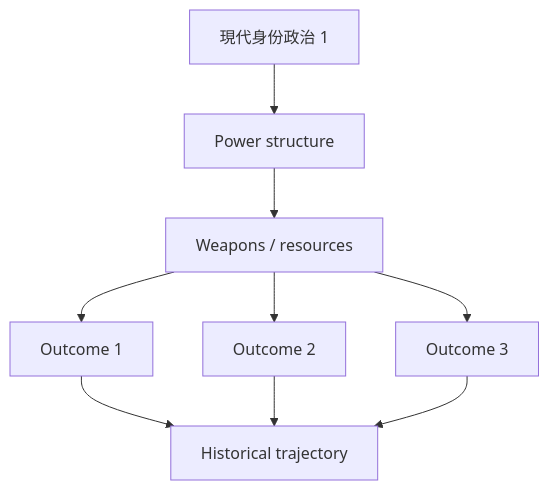
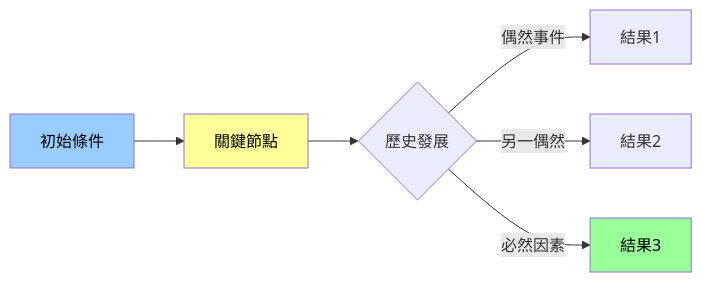
The fifth of 10 diagrams in 01_HKU_Courses/HIST1016_The_modern_world.md (yip-lgtm/HKU-Harvard-History-Self-Study), drawn with Mermaid before and after one commit. The commit also changed other lines of this file and 48 other files, not shown here.

````diff
--- a/01_HKU_Courses/HIST1016_The_modern_world.md
+++ b/01_HKU_Courses/HIST1016_The_modern_world.md
@@ -263,11 +334,12 @@
 ```mermaid
-graph TD
-    A[現代身份政治 1] --> B[Power structure]
-    B --> C[Weapons / resources]
-    C --> D[Outcome 1]
-    C --> E[Outcome 2]
-    C --> F[Outcome 3]
-    D --> G[Historical trajectory]
-    E --> G
-    F --> G
+flowchart LR
+    A[初始條件] --> B[關鍵節點]
+    B --> C{歷史發展}
+    C -->|偶然事件| D[結果1]
+    C -->|另一偶然| E[結果2]
+    C -->|必然因素| F[結果3]
+    
+    style A fill:#9cf,color:#000
+    style B fill:#ff9,color:#000
+    style F fill:#9f9,color:#000
 ```
````
